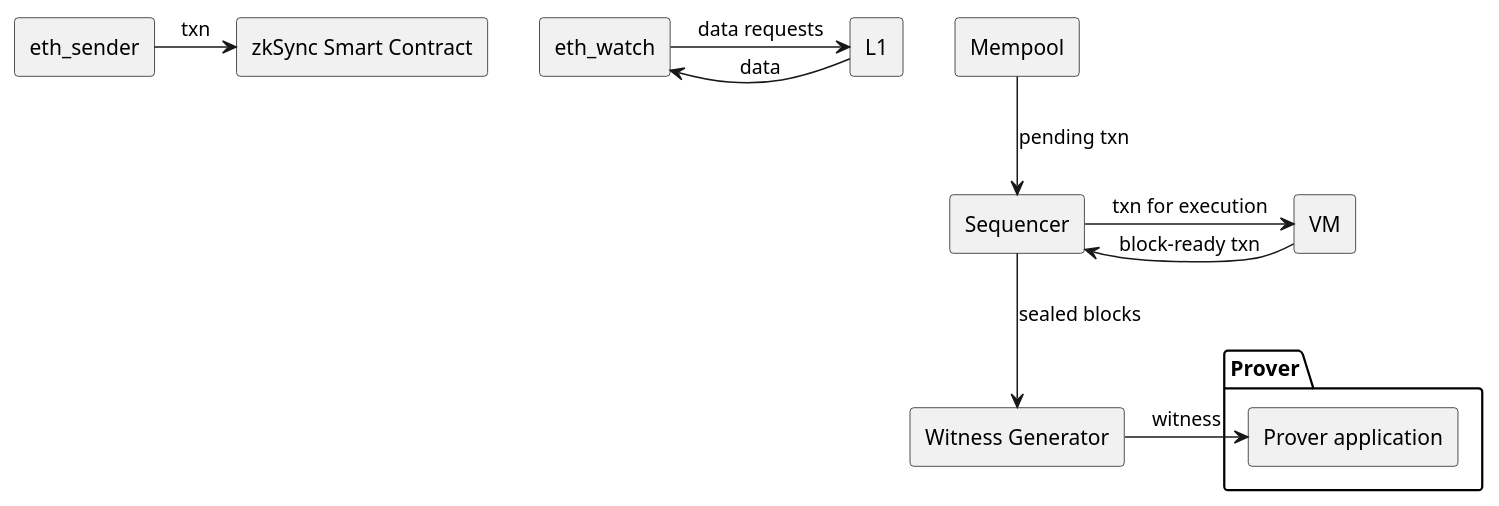
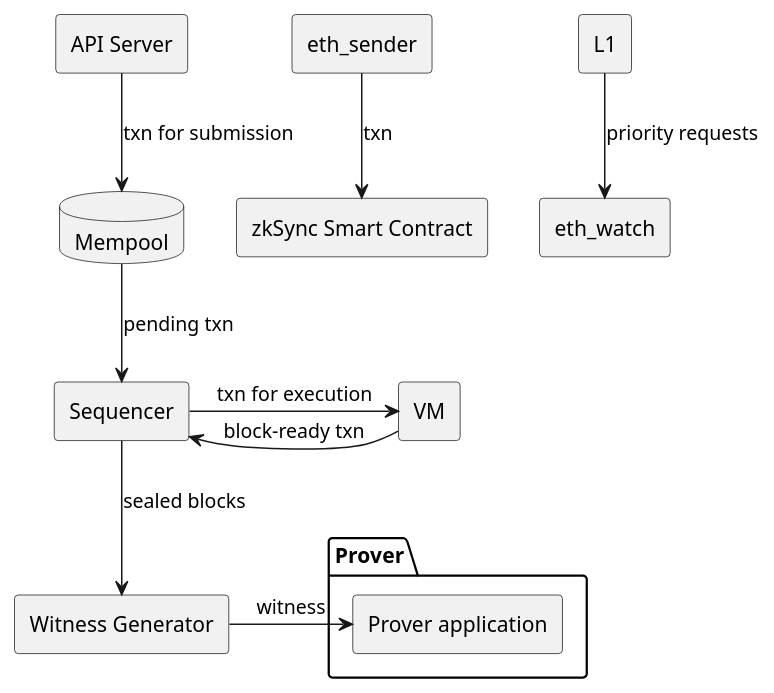
Before and after one commit to EspressoSystems/espresso-sequencer: the diagram in doc/zksync-era/zksync_architecture.puml, drawn with PlantUML.

Commit message:
Rearrange and add some new connections

```diff
--- a/doc/zksync-era/zksync_architecture.puml
+++ b/doc/zksync-era/zksync_architecture.puml
@@ -1,30 +1,34 @@
 @startuml
 skinparam componentStyle rectangle
 
 component "zkSync Smart Contract" as SmartContract
 component "eth_sender" as EthSender
 component "L1" as L1
 component "eth_watch" as EthWatch
 
 component "Sequencer" as Sequencer
 component "VM" as VM
-component "Mempool" as Mempool
+database "Mempool" as Mempool
 
 component "Witness Generator" as WitnessGenerator
 
-EthSender -> SmartContract: txn
-EthWatch -> L1: data requests
-L1 -> EthWatch: data
+component "API Server" as APIServer
+
+APIServer --> Mempool: txn for submission
+
+EthSender --> SmartContract: txn
+
+L1 --> EthWatch: priority requests
 
 Mempool --> Sequencer: pending txn
 Sequencer -> VM: txn for execution
 Sequencer <- VM: block-ready txn
 
 Sequencer --> WitnessGenerator: sealed blocks
 
 package "Prover" as Prover {
   component "Prover application" as ProverApp
 }
 
 WitnessGenerator -> ProverApp: witness
 @enduml
```
